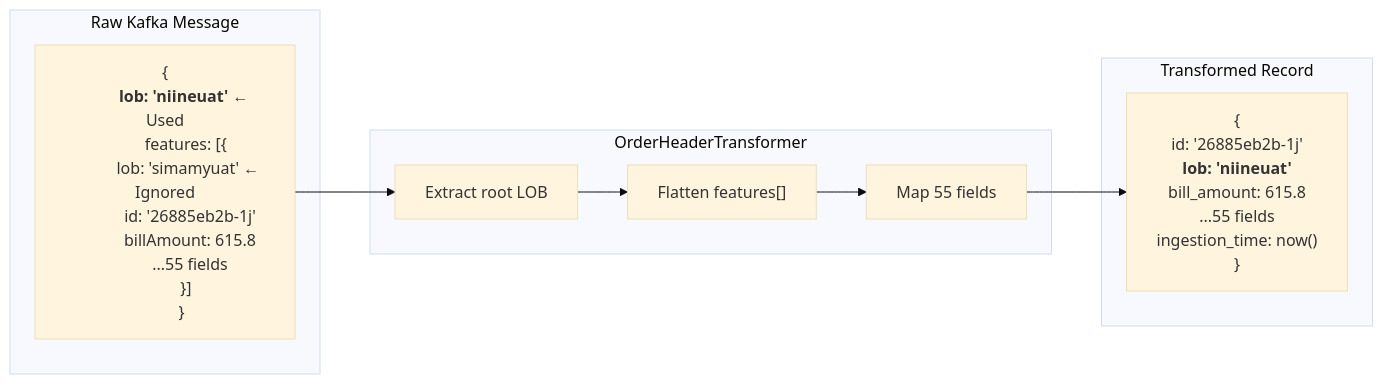
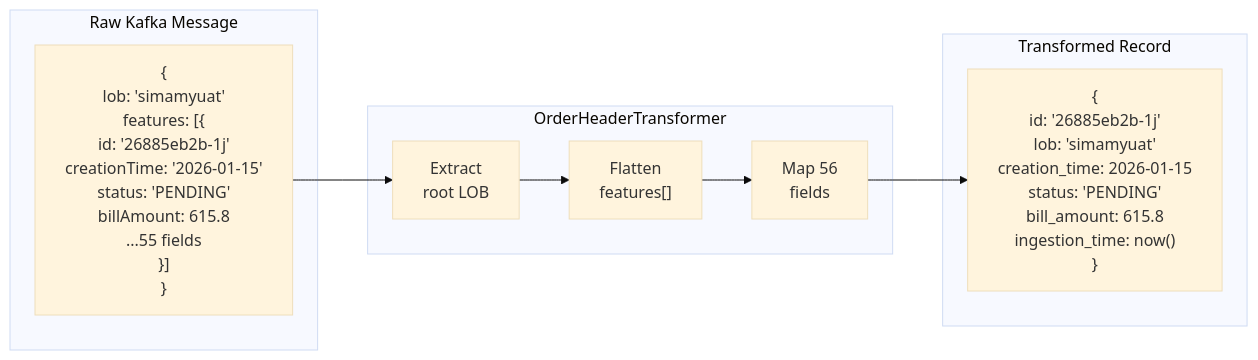
Before and after one commit to kartikrana-source/CDC-salescode-R: the second of 6 diagrams in ARCHITECTURE.md, drawn with Mermaid (base theme). The commit also changed other lines of this file and 6 other files, not shown here.

````diff
--- a/ARCHITECTURE.md
+++ b/ARCHITECTURE.md
@@ -60,36 +60,38 @@
 ```mermaid
 flowchart LR
     subgraph Input["Raw Kafka Message"]
         RAW["
         {
-          <b>lob: 'niineuat'</b> ← Used
+          lob: 'simamyuat'
           features: [{
-            lob: 'simamyuat' ← Ignored
             id: '26885eb2b-1j'
+            creationTime: '2026-01-15'
+            status: 'PENDING'
             billAmount: 615.8
             ...55 fields
           }]
         }
         "]
     end
 
     subgraph Transform["OrderHeaderTransformer"]
-        T1["Extract root LOB"]
-        T2["Flatten features[]"]
-        T3["Map 55 fields"]
+        T1["Extract<br/>root LOB"]
+        T2["Flatten<br/>features[]"]
+        T3["Map 56<br/>fields"]
     end
 
     subgraph Output["Transformed Record"]
         OUT["
         {
           id: '26885eb2b-1j'
-          <b>lob: 'niineuat'</b>
+          lob: 'simamyuat'
+          creation_time: 2026-01-15
+          status: 'PENDING'
           bill_amount: 615.8
-          ...55 fields
           ingestion_time: now()
         }
         "]
     end
 
     RAW --> T1 --> T2 --> T3 --> OUT
 ```
````
